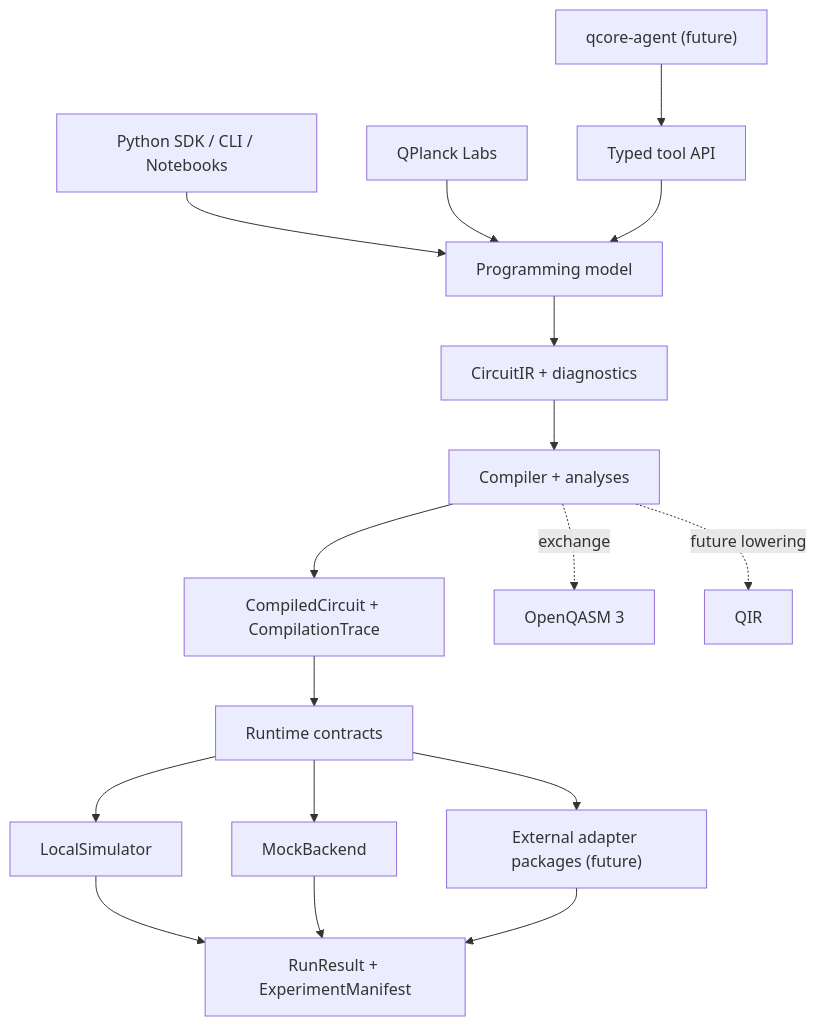
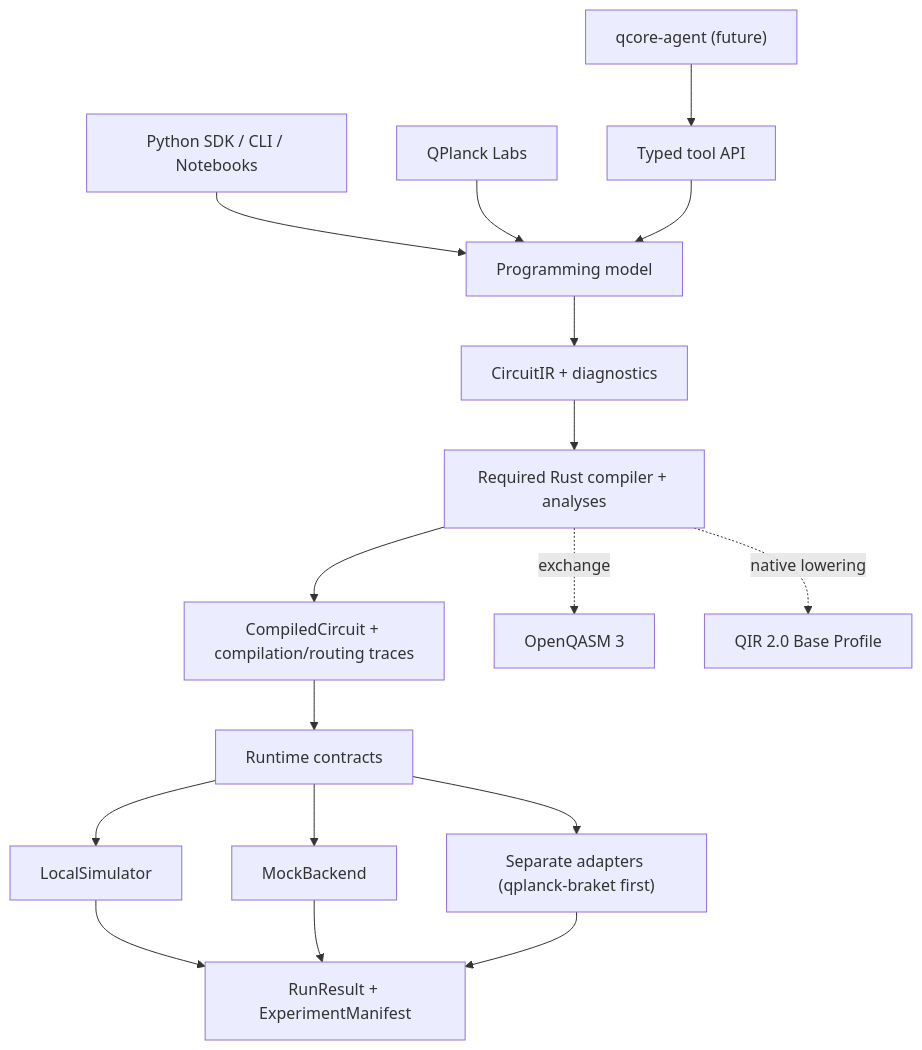
Before and after one commit to qplanck/qcore: the first of 3 diagrams in docs/architecture/qcore-overview.md, drawn with Mermaid. The commit also changed other lines of this file and 138 other files, not shown here.

````diff
--- a/docs/architecture/qcore-overview.md
+++ b/docs/architecture/qcore-overview.md
@@ -17,19 +17,19 @@
 ```mermaid
 flowchart TB
     UI["Python SDK / CLI / Notebooks"] --> PM["Programming model"]
     AG["qcore-agent (future)"] --> API["Typed tool API"]
     LAB["QPlanck Labs"] --> PM
     API --> PM
     PM --> IR["CircuitIR + diagnostics"]
-    IR --> COMP["Compiler + analyses"]
-    COMP --> CC["CompiledCircuit + CompilationTrace"]
+    IR --> COMP["Required Rust compiler + analyses"]
+    COMP --> CC["CompiledCircuit + compilation/routing traces"]
     CC --> RT["Runtime contracts"]
     RT --> LOCAL["LocalSimulator"]
     RT --> MOCK["MockBackend"]
-    RT --> ADAPT["External adapter packages (future)"]
+    RT --> ADAPT["Separate adapters (qplanck-braket first)"]
     COMP -. exchange .-> OQ["OpenQASM 3"]
-    COMP -. future lowering .-> QIR["QIR"]
+    COMP -. native lowering .-> QIR["QIR 2.0 Base Profile"]
     LOCAL --> RES["RunResult + ExperimentManifest"]
     MOCK --> RES
     ADAPT --> RES
 ```
````
